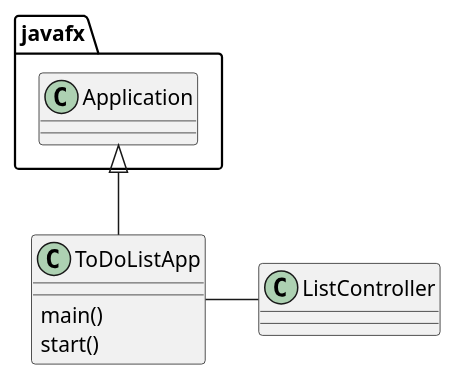
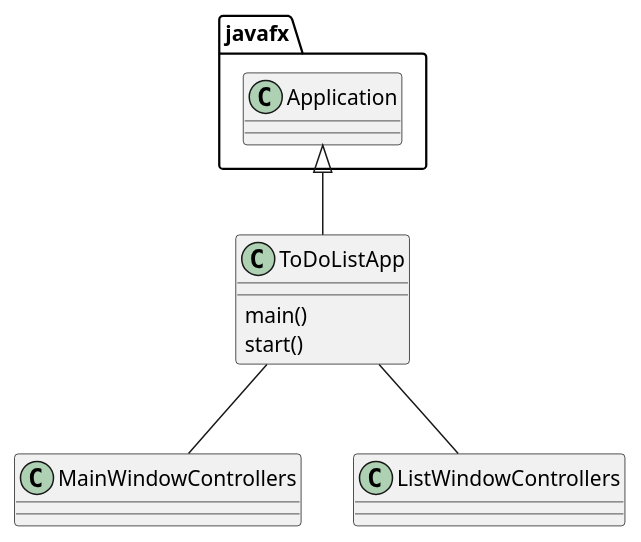
One commit to Melisac105/cabrera-cop3330-assignment4 changed the diagram in uml/AppDiagram.puml. Above: the diagram before and after it, drawn with PlantUML. The commit also changed 6 other files, not shown here.

```diff
--- a/uml/AppDiagram.puml
+++ b/uml/AppDiagram.puml
@@ -1,14 +1,16 @@
 @startuml
 'https://plantuml.com/sequence-diagram
 
 class ToDoListApp {
     main()
     start()
 }
 
-class ListController {}
+class MainWindowControllers {}
+class ListWindowControllers {}
 
 javafx.Application <|-- ToDoListApp
 
-ToDoListApp - ListController
+ToDoListApp -- ListWindowControllers
+ToDoListApp -- MainWindowControllers
 @enduml
```
